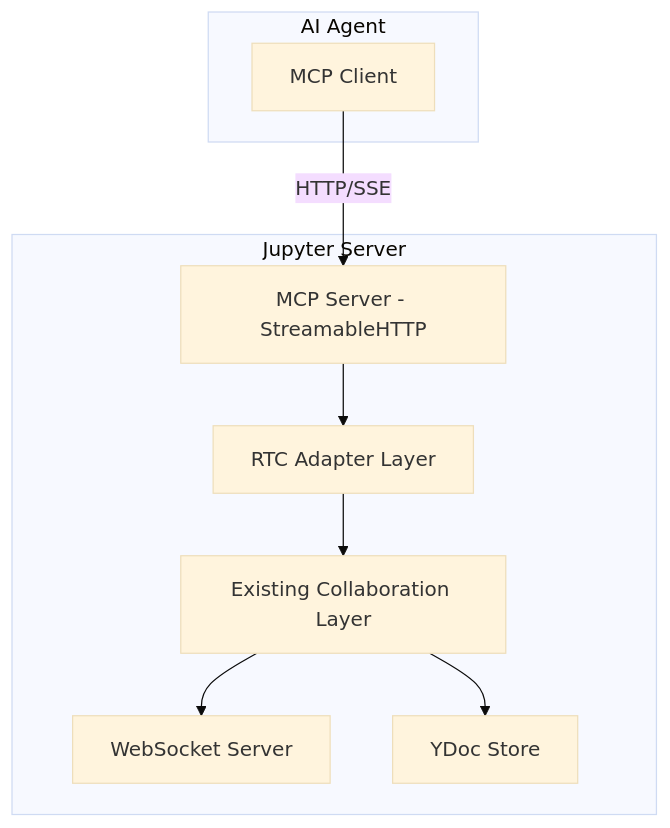
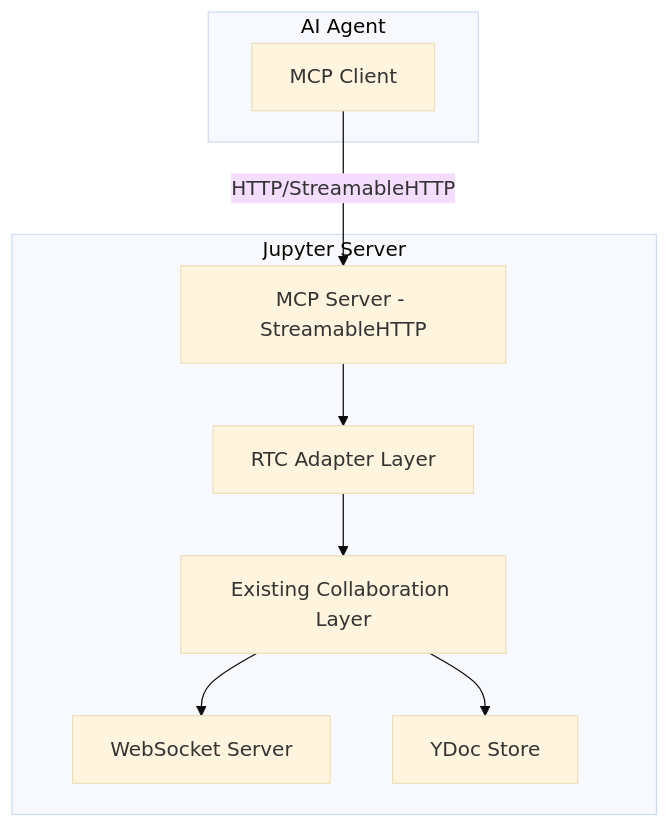
The diagram in DESIGN.md (complyue/jupyter-collaboration-mcp), drawn with Mermaid (base theme) before and after one commit. The commit also changed other lines of this file and 5 other files, not shown here.

Commit message:
unsupport sse, streamable-http mode only

````diff
--- a/DESIGN.md
+++ b/DESIGN.md
@@ -15,20 +15,20 @@
 ```mermaid
 graph TD
     subgraph "AI Agent"
         MCP_CLIENT[MCP Client]
     end
 
     subgraph "Jupyter Server"
         MCP_SERVER[MCP Server - StreamableHTTP]
         RTC_ADAPTER[RTC Adapter Layer]
         COLLABORATION[Existing Collaboration Layer]
         WEBSOCKET[WebSocket Server]
         YSTORE[YDoc Store]
     end
 
-    MCP_CLIENT -->|HTTP/SSE| MCP_SERVER
+    MCP_CLIENT -->|HTTP/StreamableHTTP| MCP_SERVER
     MCP_SERVER --> RTC_ADAPTER
     RTC_ADAPTER --> COLLABORATION
     COLLABORATION --> WEBSOCKET
     COLLABORATION --> YSTORE
 ```
````
